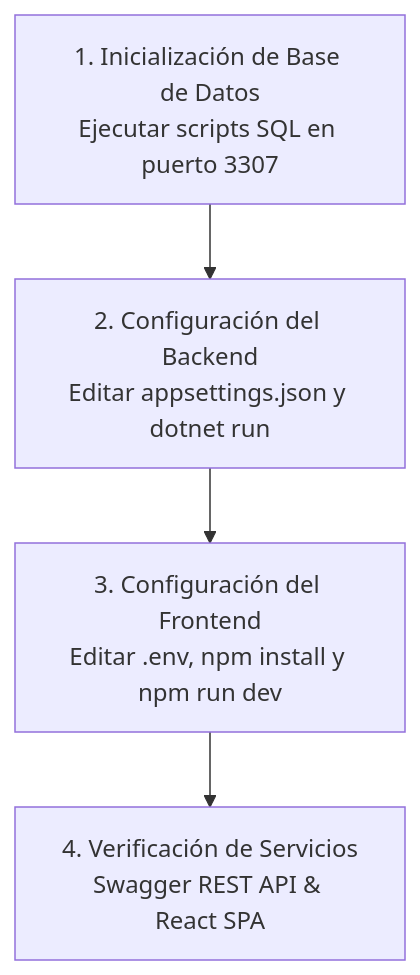
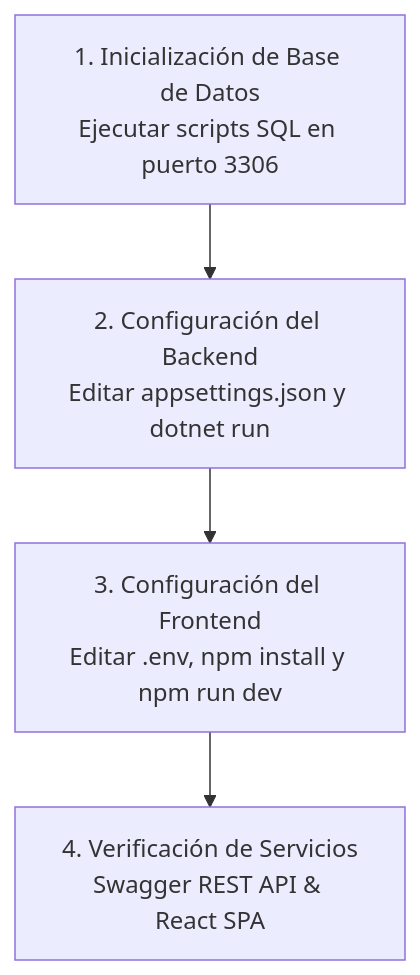
The diagram in docs/documentacion/07-despliegue-y-operaciones/01-instalacion-entorno-local.md (JorgeDoicela/diitra), drawn with Mermaid before and after one commit. The commit also changed other lines of this file and 16 other files, not shown here.

````diff
--- a/docs/documentacion/07-despliegue-y-operaciones/01-instalacion-entorno-local.md
+++ b/docs/documentacion/07-despliegue-y-operaciones/01-instalacion-entorno-local.md
@@ -18,6 +18,6 @@
 ```mermaid
 graph TD
-    Step1[1. Inicialización de Base de Datos\nEjecutar scripts SQL en puerto 3307] --> Step2[2. Configuración del Backend\nEditar appsettings.json y dotnet run]
+    Step1[1. Inicialización de Base de Datos\nEjecutar scripts SQL en puerto 3306] --> Step2[2. Configuración del Backend\nEditar appsettings.json y dotnet run]
     Step2 --> Step3[3. Configuración del Frontend\nEditar .env, npm install y npm run dev]
     Step3 --> Step4[4. Verificación de Servicios\nSwagger REST API & React SPA]
 ```
````
